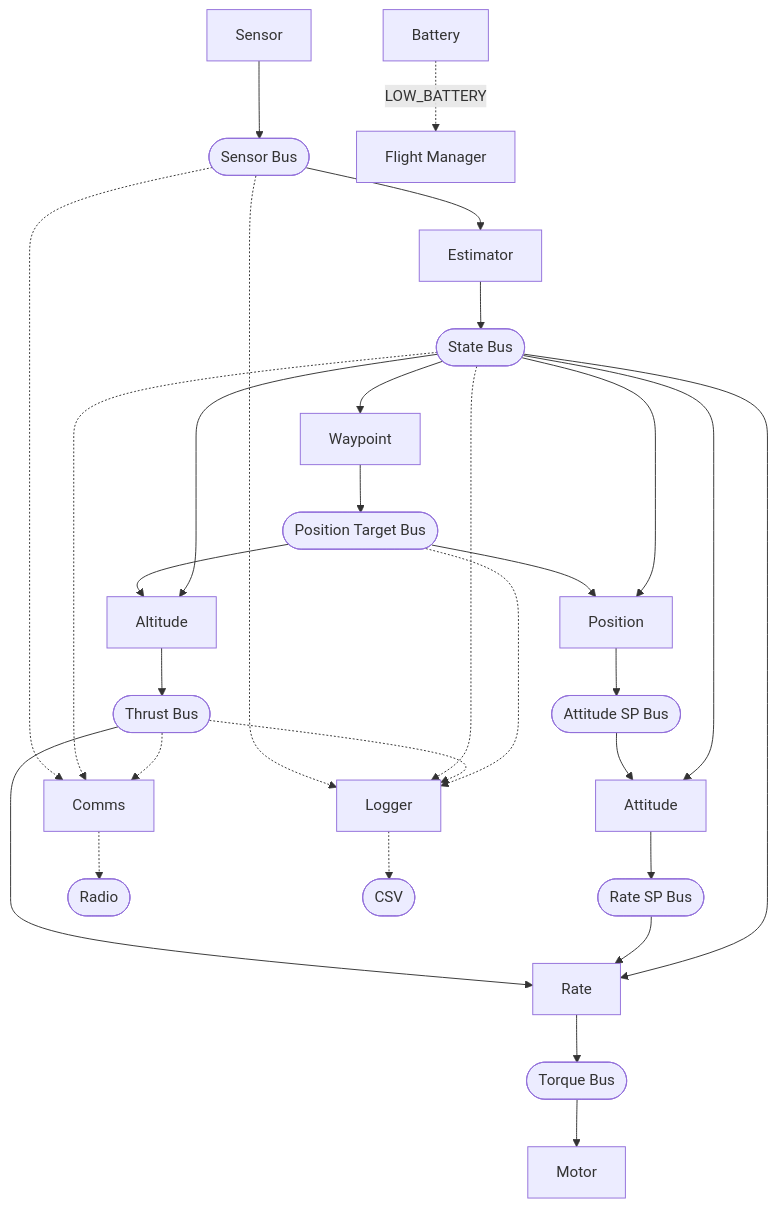
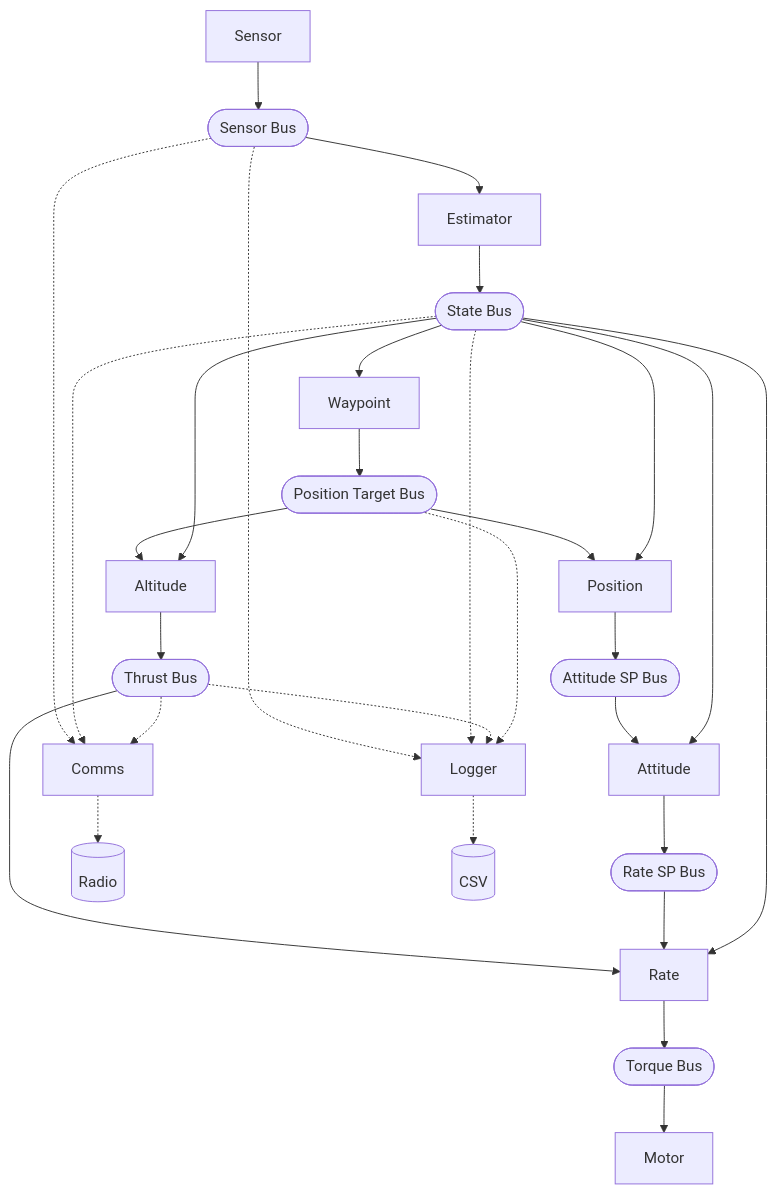
The first of 2 diagrams in examples/pilot/README.md (joagre/hive), drawn with Mermaid before and after one commit.

Commit message:
Distinguish external I/O sinks from buses in data flow diagram
Radio and CSV are external I/O, not buses. Changed from rounded boxes
to cylinders. Removed LOW_BATTERY from bus diagram (now shown in
notification diagram). Added shape legend.

````diff
--- a/examples/pilot/README.md
+++ b/examples/pilot/README.md
@@ -119,26 +119,24 @@
 ```mermaid
 graph TB
     Sensor[Sensor] --> SensorBus([Sensor Bus]) --> Estimator[Estimator] --> StateBus([State Bus])
 
     StateBus --> Waypoint[Waypoint] --> PositionTargetBus([Position Target Bus])
     PositionTargetBus --> Altitude[Altitude] --> ThrustBus([Thrust Bus]) --> Rate[Rate]
     PositionTargetBus --> Position[Position]
     StateBus --> Altitude
     StateBus --> Position --> AttitudeSP([Attitude SP Bus]) --> Attitude[Attitude]
     StateBus --> Attitude --> RateSP([Rate SP Bus]) --> Rate
     StateBus --> Rate
     Rate --> TorqueBus([Torque Bus]) --> Motor[Motor]
 
-    Battery[Battery] -.->|LOW_BATTERY| FlightMgr[Flight Manager]
-
     SensorBus -.-> Comms[Comms]
     StateBus -.-> Comms
     ThrustBus -.-> Comms
-    Comms -.-> Radio([Radio])
+    Comms -.-> Radio[(Radio)]
 
     SensorBus -.-> Logger[Logger]
     StateBus -.-> Logger
     ThrustBus -.-> Logger
     PositionTargetBus -.-> Logger
-    Logger -.-> CSV([CSV])
+    Logger -.-> CSV[(CSV)]
 ```
````
